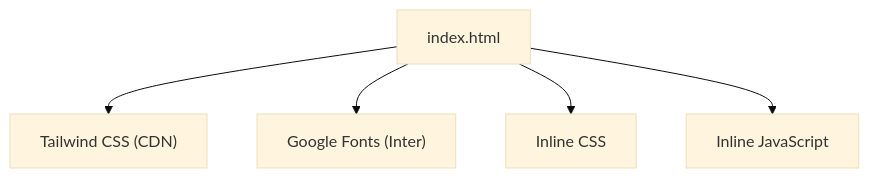
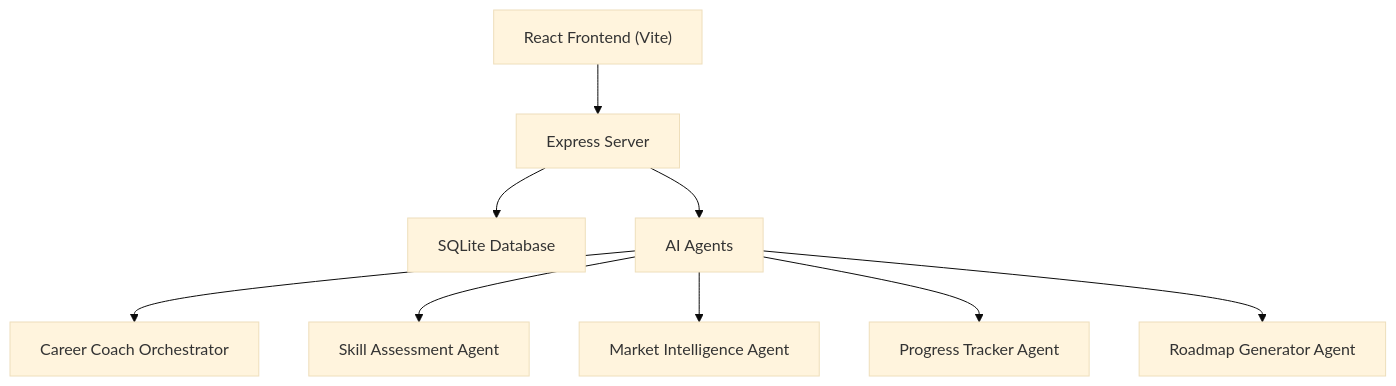
One commit to Alishba-Moin/CareerCompass changed the first of 3 diagrams in .qoder/repowiki/en/content/Deployment.md. Above: the diagram before and after it, drawn with Mermaid (base theme). The commit also changed other lines of this file and 38 other files, not shown here.

Commit message:
Add Roadmap pdf download option

````diff
--- a/.qoder/repowiki/en/content/Deployment.md
+++ b/.qoder/repowiki/en/content/Deployment.md
@@ -29,7 +48,11 @@
 ```mermaid
 graph TB
-A["index.html"] --> B["Tailwind CSS (CDN)"]
-A --> C["Google Fonts (Inter)"]
-A --> D["Inline CSS"]
-A --> E["Inline JavaScript"]
+A["React Frontend (Vite)"] --> B["Express Server"]
+B --> C["SQLite Database"]
+B --> D["AI Agents"]
+D --> E["Career Coach Orchestrator"]
+D --> F["Skill Assessment Agent"]
+D --> G["Market Intelligence Agent"]
+D --> H["Progress Tracker Agent"]
+D --> I["Roadmap Generator Agent"]
 ```
````
